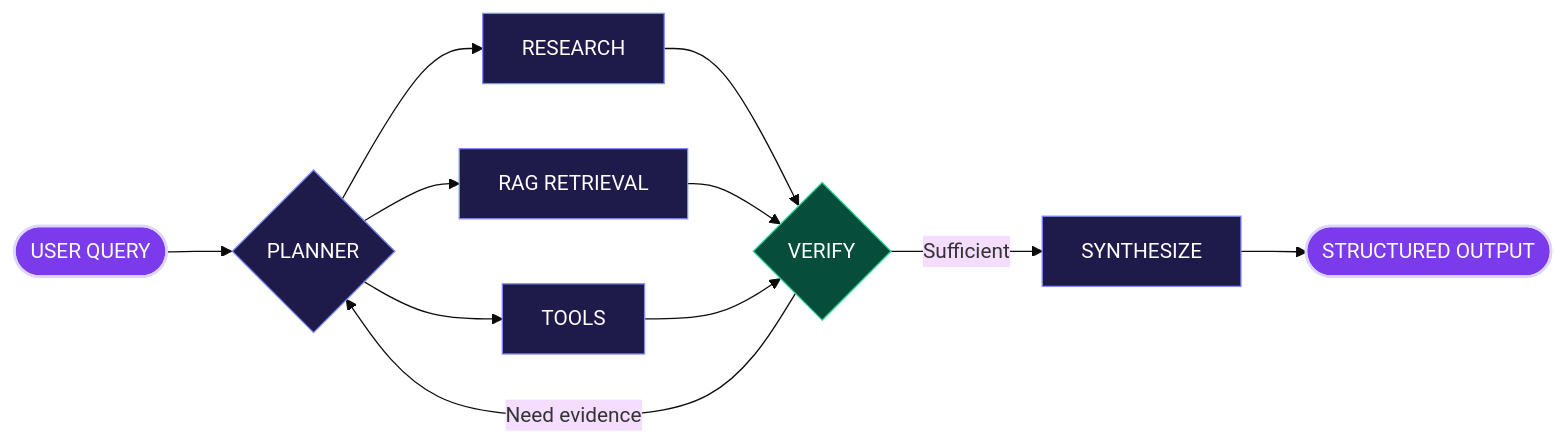
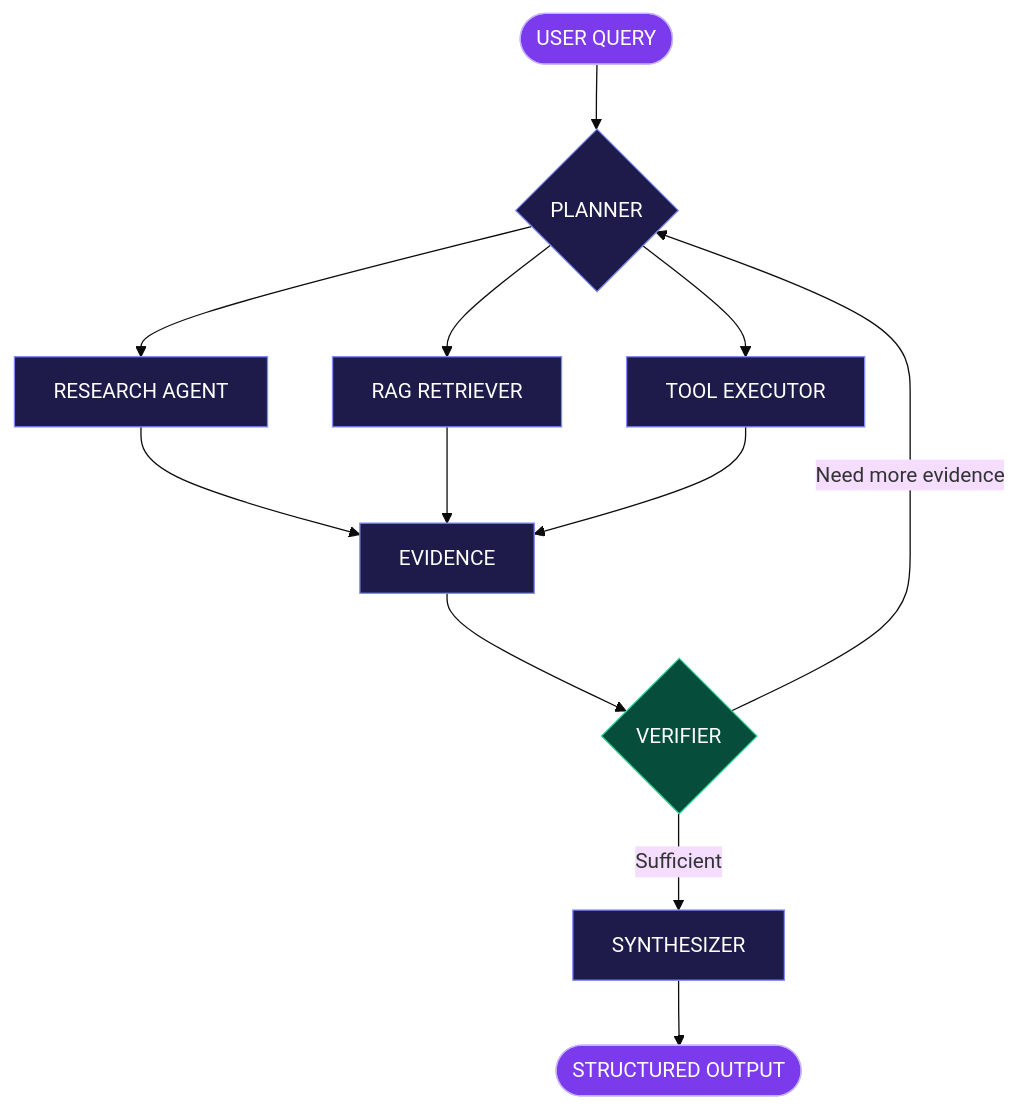
Before and after one commit to Subham999100/Subham999100: the diagram in README.md, drawn with Mermaid (base theme). The commit also changed other lines of this file, not shown here.

````diff
--- a/README.md
+++ b/README.md
@@ -92,20 +303,27 @@
 ```mermaid
-flowchart LR
-    U(["USER QUERY"]) --> P{"PLANNER"}
-    P --> R["RESEARCH"]
-    P --> K["RAG RETRIEVAL"]
-    P --> T["TOOLS"]
-    R --> V{"VERIFY"}
-    K --> V
-    T --> V
-    V -->|"Need evidence"| P
-    V -->|"Sufficient"| S["SYNTHESIZE"]
-    S --> O(["STRUCTURED OUTPUT"])
+flowchart TD
+    U([USER QUERY]) --> P{PLANNER}
 
-    classDef io fill:#7C3AED,stroke:#DDD6FE,color:#ffffff,stroke-width:2px
-    classDef agent fill:#1E1B4B,stroke:#818CF8,color:#ffffff
-    classDef verify fill:#064E3B,stroke:#34D399,color:#ffffff
-    class U,O io
-    class P,R,K,T,S agent
+    P --> R[RESEARCH AGENT]
+    P --> K[RAG RETRIEVER]
+    P --> T[TOOL EXECUTOR]
+
+    R --> E[EVIDENCE]
+    K --> E
+    T --> E
+
+    E --> V{VERIFIER}
+
+    V -->|Need more evidence| P
+    V -->|Sufficient| S[SYNTHESIZER]
+
+    S --> O([STRUCTURED OUTPUT])
+
+    classDef input fill:#7C3AED,stroke:#C4B5FD,color:#FFFFFF
+    classDef agent fill:#1E1B4B,stroke:#818CF8,color:#FFFFFF
+    classDef verify fill:#064E3B,stroke:#34D399,color:#FFFFFF
+
+    class U,O input
+    class P,R,K,T,E,S agent
     class V verify
 ```
````
